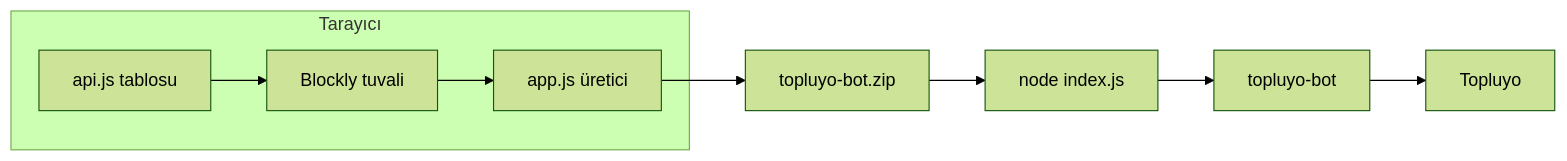
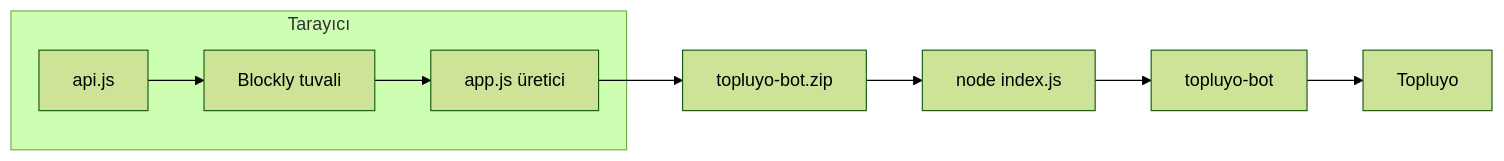
Before and after one commit to RID1-YILMAZ/Botluyo: the first of 2 diagrams in README.md, drawn with Mermaid (forest theme). The commit also changed other lines of this file, not shown here.

````diff
--- a/README.md
+++ b/README.md
@@ -61,14 +67,14 @@
 ```mermaid
 flowchart LR
   subgraph tarayici [Tarayıcı]
     B[Blockly tuvali]
-    A[api.js tablosu]
+    A[api.js]
     G[app.js üretici]
   end
   B --> G
   A --> B
   G --> Z[topluyo-bot.zip]
   Z --> N[node index.js]
   N --> L[topluyo-bot]
   L --> T[Topluyo]
 ```
````
